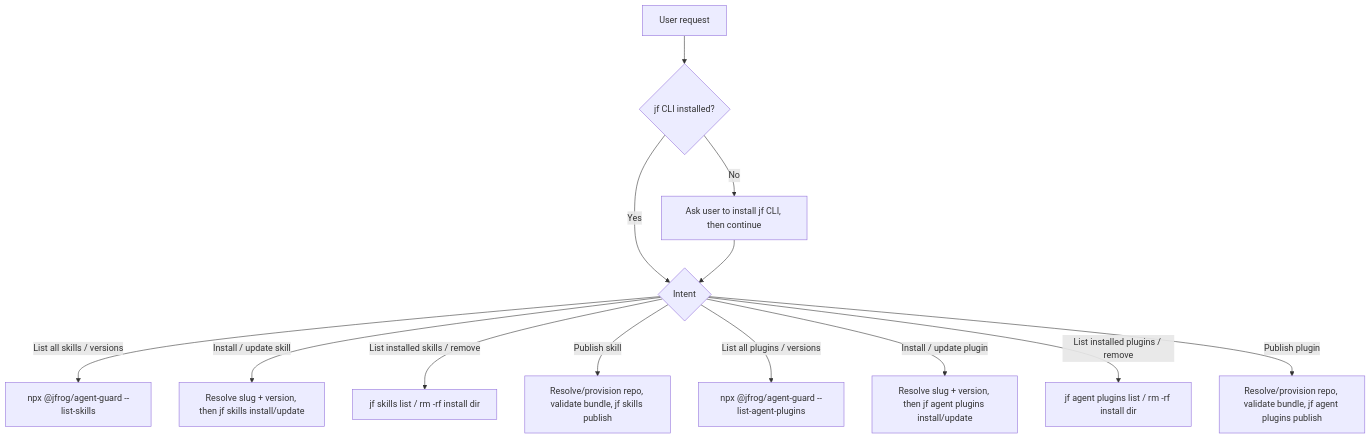
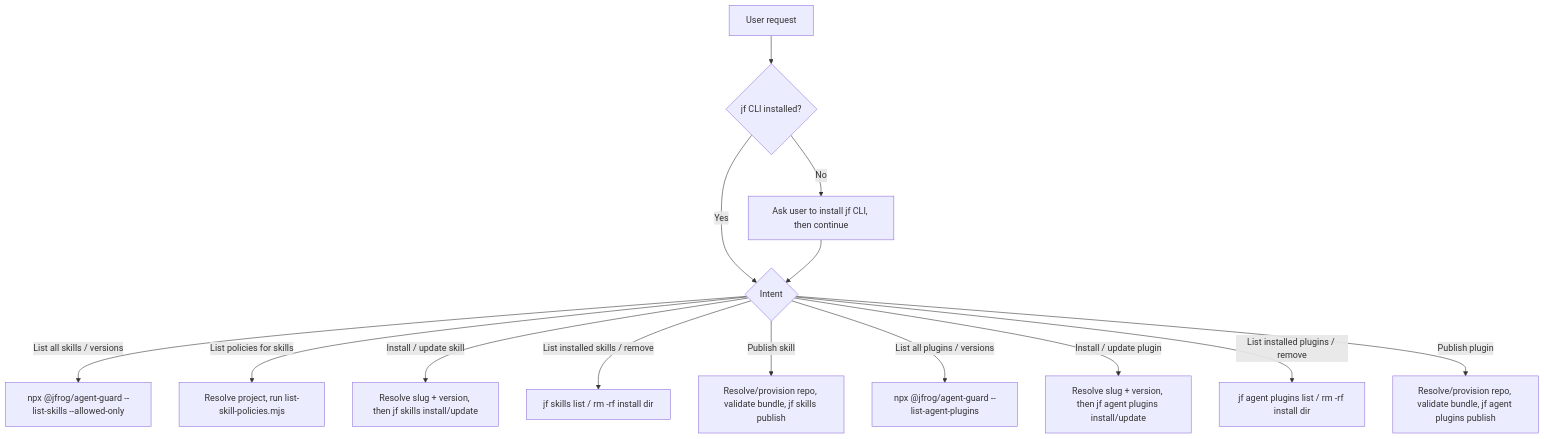
The diagram in skills/jfrog-ai-catalog/SKILL.md (jfrog/jfrog-kiro-power), drawn with Mermaid before and after one commit. The commit also changed other lines of this file and 67 other files, not shown here.

````diff
--- a/skills/jfrog-ai-catalog/SKILL.md
+++ b/skills/jfrog-ai-catalog/SKILL.md
@@ -94,15 +101,16 @@
 ```mermaid
 flowchart TD
     A[User request] --> B{jf CLI installed?}
     B -->|No| C[Ask user to install jf CLI, then continue]
     B -->|Yes| D{Intent}
     C --> D
-    D -->|List all skills / versions| E[npx @jfrog/agent-guard --list-skills]
+    D -->|List all skills / versions| E[npx @jfrog/agent-guard --list-skills --allowed-only]
+    D -->|List policies for skills| M[Resolve project, run list-skill-policies.mjs]
     D -->|Install / update skill| F[Resolve slug + version, then jf skills install/update]
     D -->|List installed skills / remove| G[jf skills list / rm -rf install dir]
     D -->|Publish skill| H[Resolve/provision repo, validate bundle, jf skills publish]
     D -->|List all plugins / versions| I[npx @jfrog/agent-guard --list-agent-plugins]
     D -->|Install / update plugin| J[Resolve slug + version, then jf agent plugins install/update]
     D -->|List installed plugins / remove| K[jf agent plugins list / rm -rf install dir]
     D -->|Publish plugin| L[Resolve/provision repo, validate bundle, jf agent plugins publish]
 ```
````
